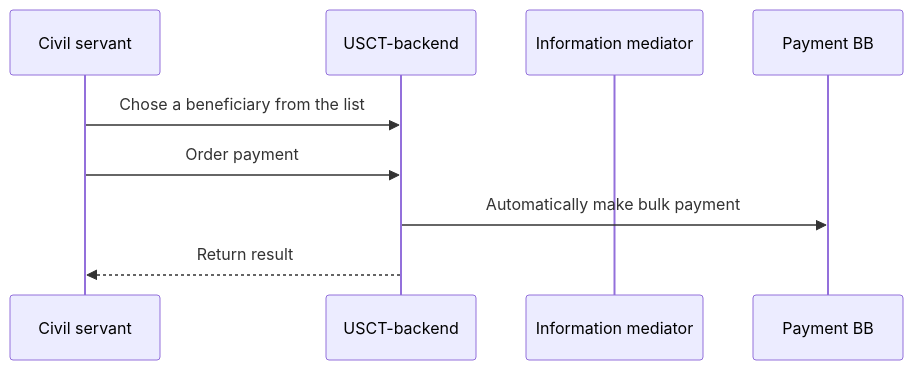
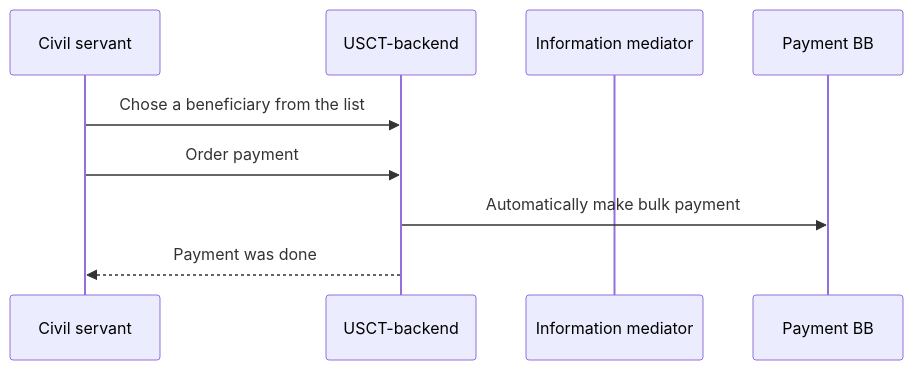
The second of 2 diagrams in docs/main.md (GovStackWorkingGroup/sandbox-usecase-usct-backend), drawn with Mermaid before and after one commit. The commit also changed other lines of this file, not shown here.

````diff
--- a/docs/main.md
+++ b/docs/main.md
@@ -33,9 +35,9 @@
 ```mermaid
 sequenceDiagram
    Civil servant ->> USCT-backend: Chose a beneficiary from the list
    Civil servant ->> USCT-backend: Order payment
    participant im as Information mediator
 
    USCT-backend ->> Payment BB: Automatically make bulk payment
-   USCT-backend -->> Civil servant: Return result
+   USCT-backend -->> Civil servant: Payment was done
 ```
````
